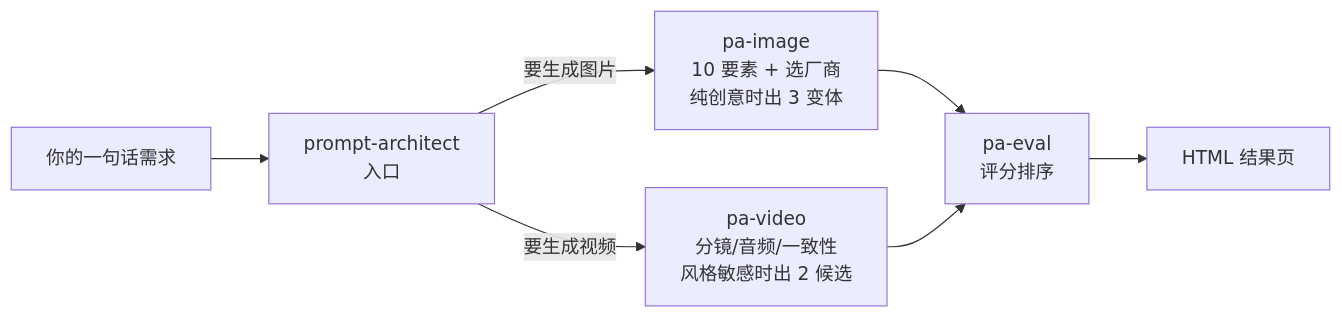
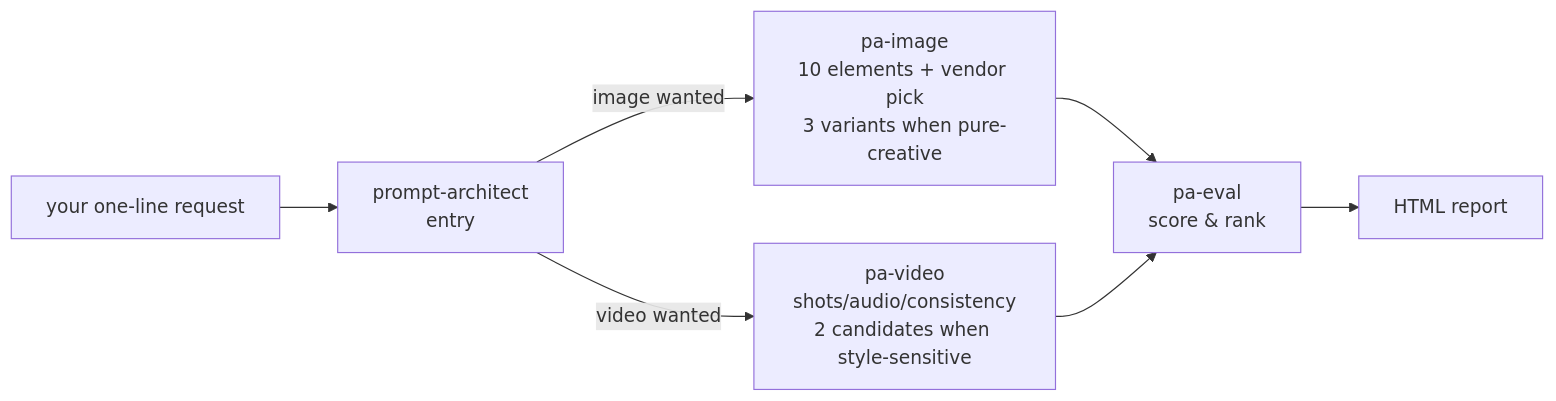
The second of 3 diagrams in README.md (Cy4nLiang/prompt-architect), drawn with Mermaid before and after one commit. The commit also changed other lines of this file and 14 other files, not shown here.

````diff
--- a/README.md
+++ b/README.md
@@ -163,9 +155,9 @@
 ```mermaid
 flowchart LR
-    A["你的一句话需求"] --> B["prompt-architect<br/>入口"]
-    B -->|要生成图片| I["pa-image<br/>10 要素 + 选厂商<br/>纯创意时出 3 变体"]
-    B -->|要生成视频| V["pa-video<br/>分镜/音频/一致性<br/>风格敏感时出 2 候选"]
-    I --> E["pa-eval<br/>评分排序"]
+    A["your one-line request"] --> B["prompt-architect<br/>entry"]
+    B -->|image wanted| I["pa-image<br/>10 elements + vendor pick<br/>3 variants when pure-creative"]
+    B -->|video wanted| V["pa-video<br/>shots/audio/consistency<br/>2 candidates when style-sensitive"]
+    I --> E["pa-eval<br/>score & rank"]
     V --> E
-    E --> H["HTML 结果页"]
+    E --> H["HTML report"]
 ```
````
